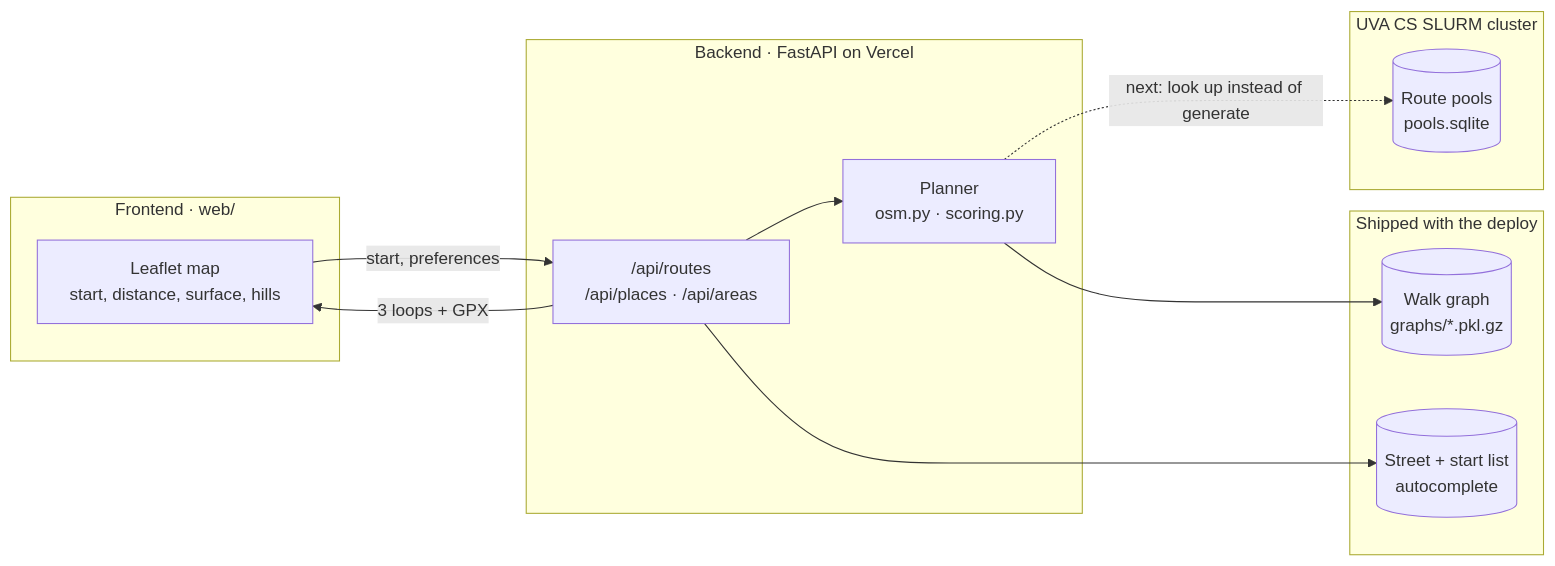
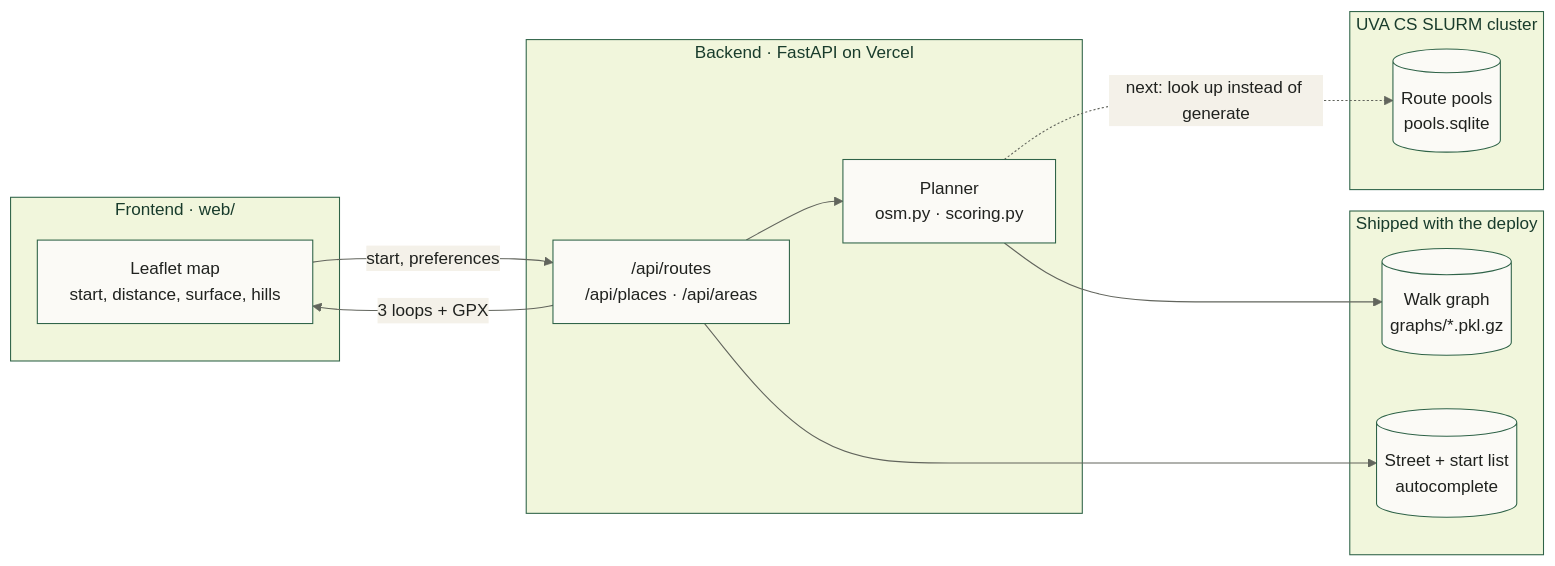
Before and after one commit to RohanSi4/runline: the first of 2 diagrams in README.md, drawn with Mermaid. The commit also changed other lines of this file and 2 other files, not shown here.

First line of the commit message:
Polish the README: RunLine-palette hero and loop diagram, themed Mermaid

````diff
--- a/README.md
+++ b/README.md
@@ -12,21 +14,22 @@
 ```mermaid
+%%{init: {"theme": "base", "themeVariables": {"fontFamily": "DM Sans, -apple-system, Segoe UI, sans-serif", "primaryColor": "#fbfaf6", "primaryBorderColor": "#2f6348", "primaryTextColor": "#20221f", "lineColor": "#62655d", "clusterBkg": "#f1f6dc", "clusterBorder": "#2f6348", "titleColor": "#193c2c", "edgeLabelBackground": "#f4f1e9", "tertiaryColor": "#f4f1e9"}}}%%
 flowchart LR
     subgraph Browser["Frontend · web/"]
         UI["Leaflet map<br/>start, distance, surface, hills"]
     end
     subgraph Vercel["Backend · FastAPI on Vercel"]
         API["/api/routes<br/>/api/places · /api/areas"]
         Planner["Planner<br/>osm.py · scoring.py"]
     end
     subgraph Data["Shipped with the deploy"]
         Graph[("Walk graph<br/>graphs/*.pkl.gz")]
         Places[("Street + start list<br/>autocomplete")]
     end
     subgraph Cluster["UVA CS SLURM cluster"]
         Pools[("Route pools<br/>pools.sqlite")]
     end
     UI -- "start, preferences" --> API --> Planner --> Graph
     API --> Places
     Planner -. "next: look up instead of generate" .-> Pools
     API -- "3 loops + GPX" --> UI
 ```
````
